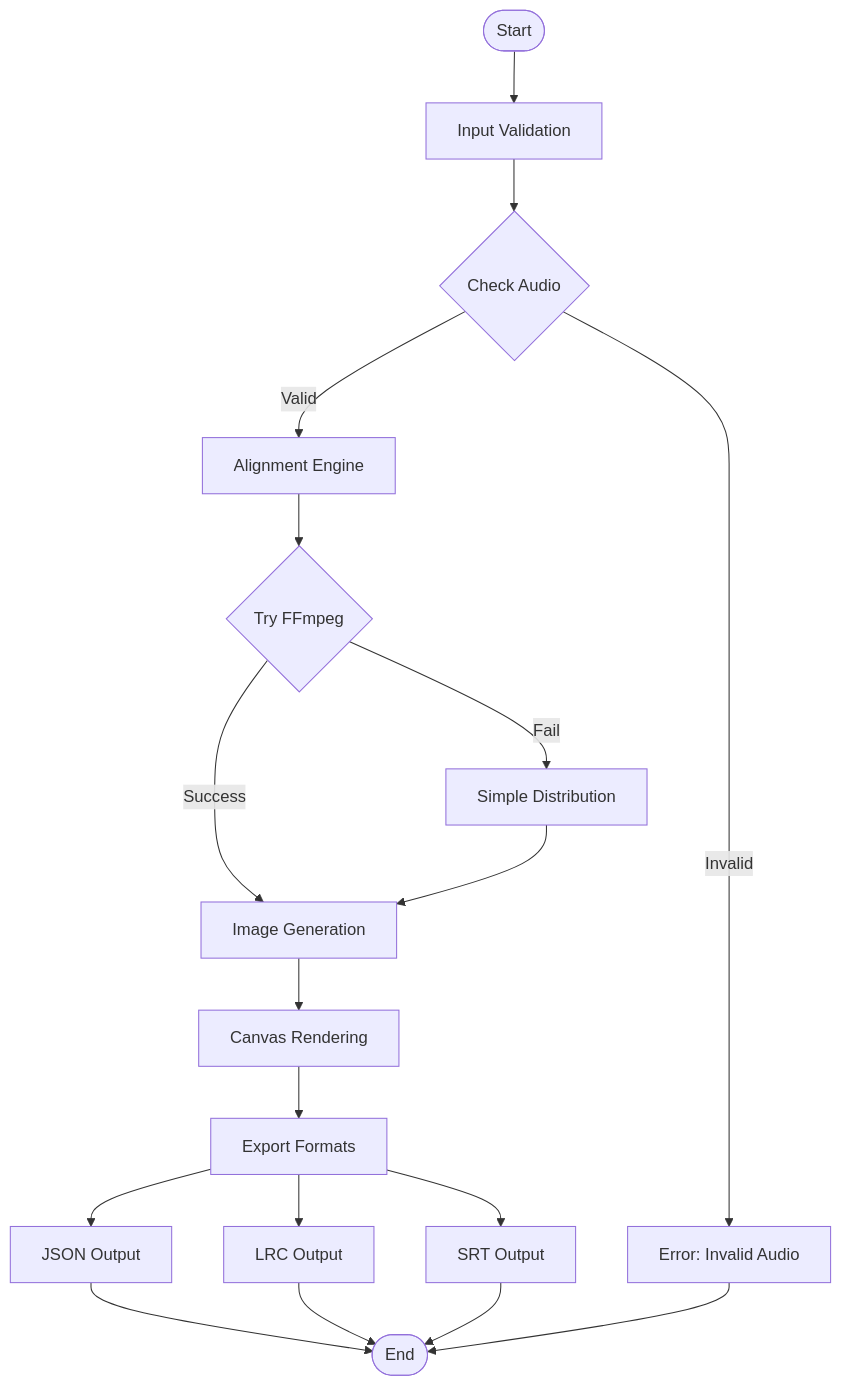
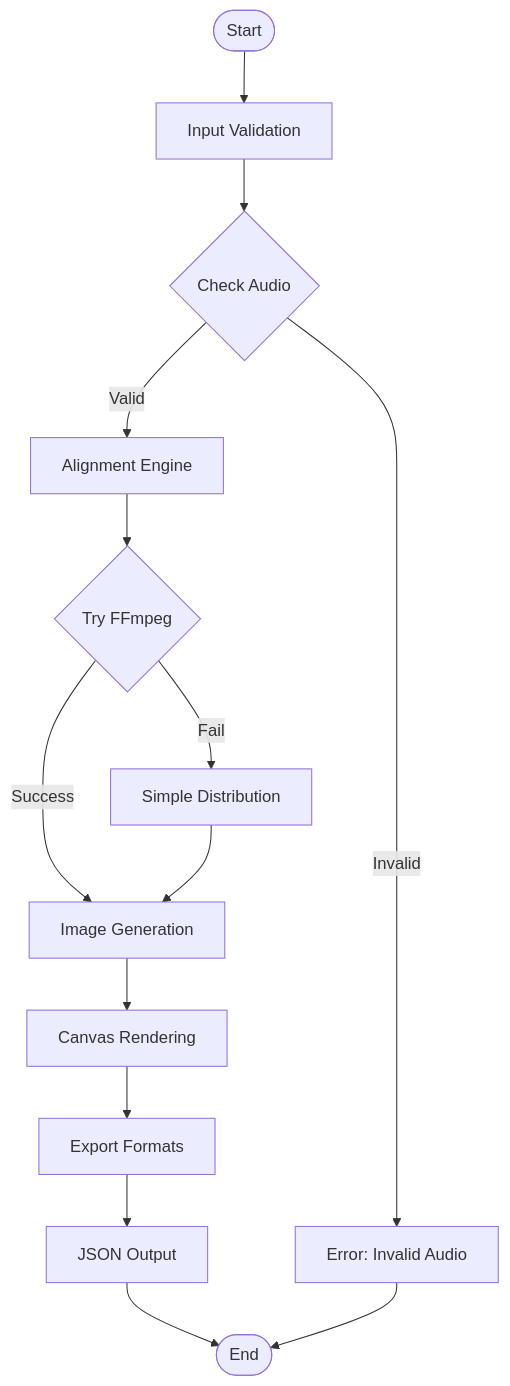
Before and after one commit to santoshk1970/karaoke-video-creator: the third of 8 diagrams in docs/ARCHITECTURE.md, drawn with Mermaid. The commit also changed other lines of this file and 1 other file, not shown here.

Commit message:
docs: Simplify architecture diagrams to reflect primary workflow

````diff
--- a/docs/ARCHITECTURE.md
+++ b/docs/ARCHITECTURE.md
@@ -84,24 +79,20 @@
 ```mermaid
 flowchart TD
     Start([Start]) --> Input[Input Validation]
     Input --> AudioCheck{Check Audio}
     AudioCheck -->|Valid| Alignment[Alignment Engine]
     AudioCheck -->|Invalid| Error1[Error: Invalid Audio]
     
     Alignment --> FFmpegTry{Try FFmpeg}
     FFmpegTry -->|Success| Images[Image Generation]
     FFmpegTry -->|Fail| Simple[Simple Distribution]
     Simple --> Images
     
     Images --> Canvas[Canvas Rendering]
     Canvas --> Export[Export Formats]
     Export --> JSON[JSON Output]
-    Export --> LRC[LRC Output]
-    Export --> SRT[SRT Output]
     
     JSON --> End([End])
-    LRC --> End
-    SRT --> End
     
     Error1 --> End
 ```
````
